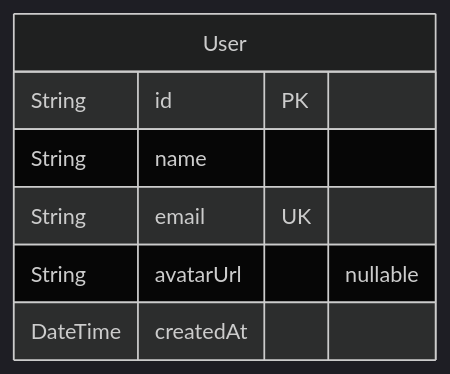
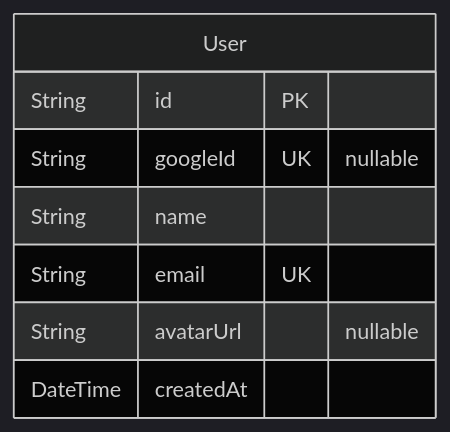
The third of 5 diagrams in server/prisma/ERD.md (carlos-HFC/nlw-copa), drawn with Mermaid (dark theme) before and after one commit. The commit also changed other lines of this file and 4 other files, not shown here.

````diff
--- a/server/prisma/ERD.md
+++ b/server/prisma/ERD.md
@@ -57,10 +57,11 @@
 ```mermaid
 erDiagram
 "User" {
   String id PK
+  String googleId UK "nullable"
   String name
   String email UK
   String avatarUrl "nullable"
   DateTime createdAt
 }
 ```
````
